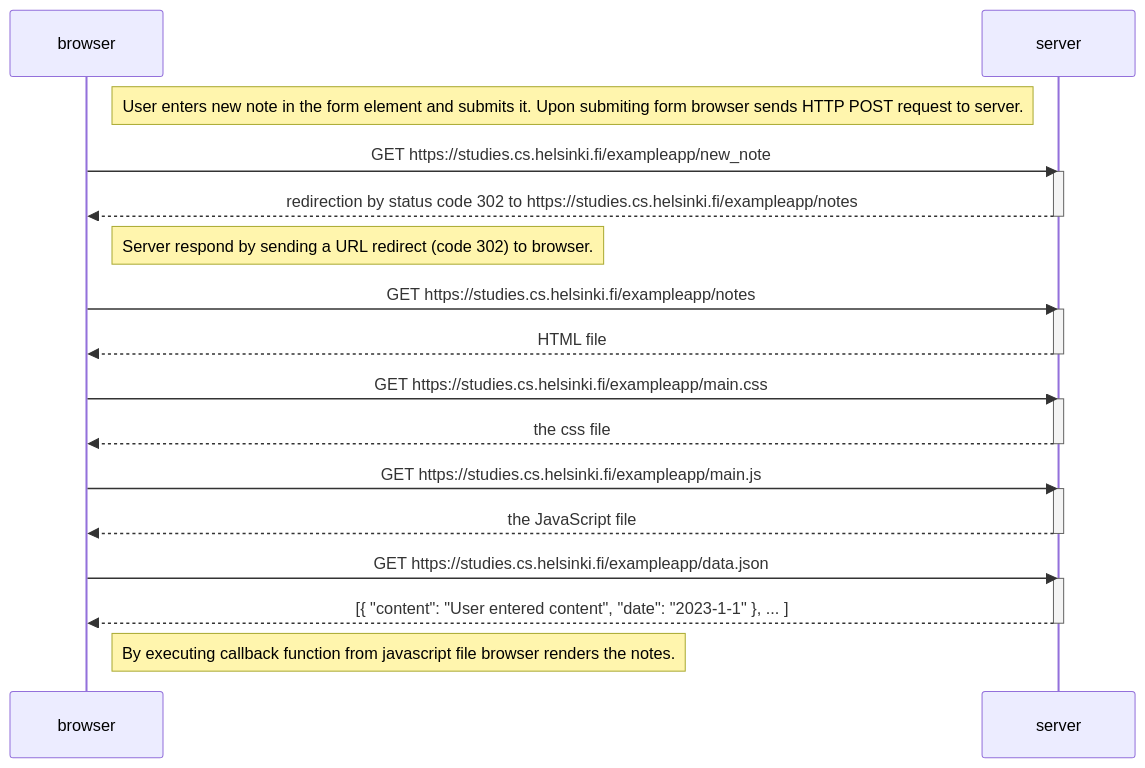
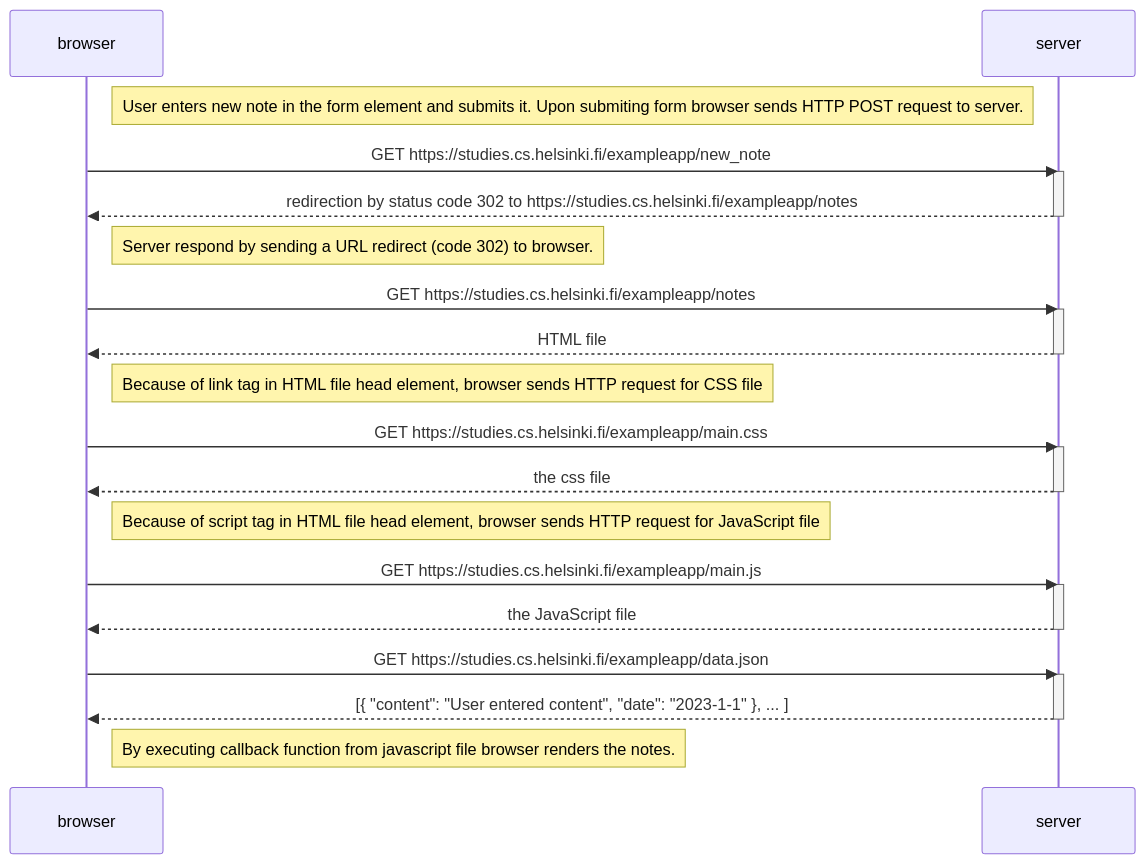
One commit to VladimirBrscic/fullStackOpenCourse changed the diagram in Part0/Exercise 0.4/newNoteTradApp.md. Above: the diagram before and after it, drawn with Mermaid.

````diff
--- a/Part0/Exercise 0.4/newNoteTradApp.md
+++ b/Part0/Exercise 0.4/newNoteTradApp.md
@@ -3,37 +3,41 @@
 ```mermaid
 sequenceDiagram
     participant browser
     participant server
     
     
     Note right of browser: User enters new note in the form element and submits it. Upon submiting form browser sends HTTP POST request to server.
     
     browser->>server: GET https://studies.cs.helsinki.fi/exampleapp/new_note
     activate server
     server-->>browser: redirection by status code 302 to https://studies.cs.helsinki.fi/exampleapp/notes
     deactivate server
     
     Note right of browser: Server respond by sending a URL redirect (code 302) to browser.
     
     browser->>server: GET https://studies.cs.helsinki.fi/exampleapp/notes
     activate server
     server-->>browser: HTML file
     deactivate server
     
+    Note right of browser: Because of link tag in HTML file head element, browser sends HTTP request for CSS file
+    
     browser->>server: GET https://studies.cs.helsinki.fi/exampleapp/main.css
     activate server
     server-->>browser: the css file
     deactivate server
+    
+    Note right of browser: Because of script tag in HTML file head element, browser sends HTTP request for JavaScript file
     
     browser->>server: GET https://studies.cs.helsinki.fi/exampleapp/main.js
     activate server
     server-->>browser: the JavaScript file
     deactivate server
     
     browser->>server: GET https://studies.cs.helsinki.fi/exampleapp/data.json
     activate server
     server-->>browser: [{ "content": "User entered content", "date": "2023-1-1" }, ... ]
     deactivate server    
 
     Note right of browser: By executing callback function from javascript file browser renders the notes.
 ```
````
